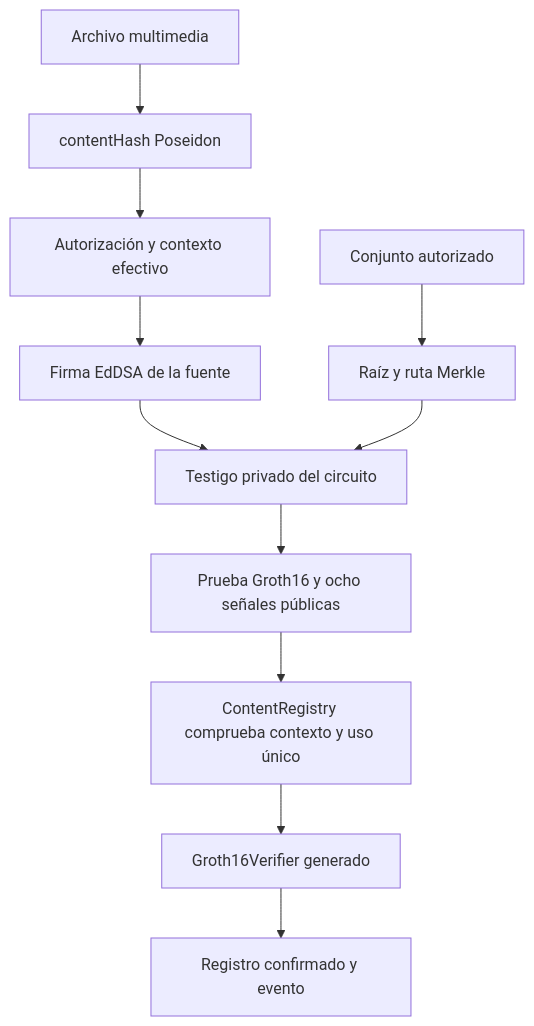
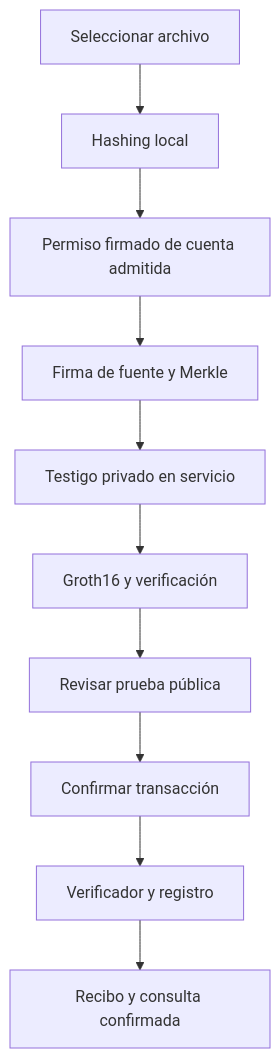
One commit to DASBCC/zkp-content-authenticity changed the second of 3 diagrams in README.md. Above: the diagram before and after it, drawn with Mermaid. The commit also changed other lines of this file and 42 other files, not shown here.

````diff
--- a/README.md
+++ b/README.md
@@ -84,13 +255,12 @@
 ```mermaid
 flowchart TD
-    A[Archivo multimedia] --> B[contentHash Poseidon]
-    B --> C[Autorización y contexto efectivo]
-    C --> D[Firma EdDSA de la fuente]
-    E[Conjunto autorizado] --> F[Raíz y ruta Merkle]
-    D --> G[Testigo privado del circuito]
-    F --> G
-    G --> H[Prueba Groth16 y ocho señales públicas]
-    H --> I[ContentRegistry comprueba contexto y uso único]
-    I --> J[Groth16Verifier generado]
-    J --> K[Registro confirmado y evento]
+    A[Seleccionar archivo] --> B[Hashing local]
+    B --> C[Permiso firmado de cuenta admitida]
+    C --> D[Firma de fuente y Merkle]
+    D --> E[Testigo privado en servicio]
+    E --> F[Groth16 y verificación]
+    F --> G[Revisar prueba pública]
+    G --> H[Confirmar transacción]
+    H --> I[Verificador y registro]
+    I --> J[Recibo y consulta confirmada]
 ```
````
